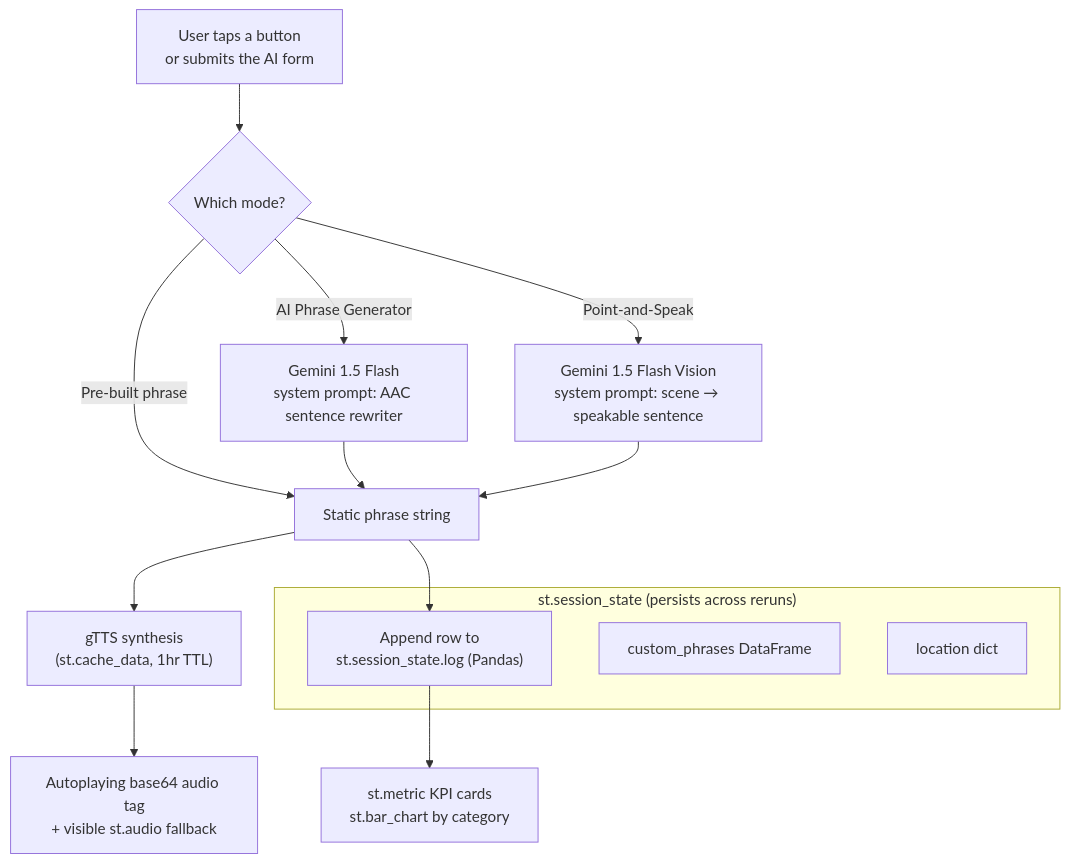
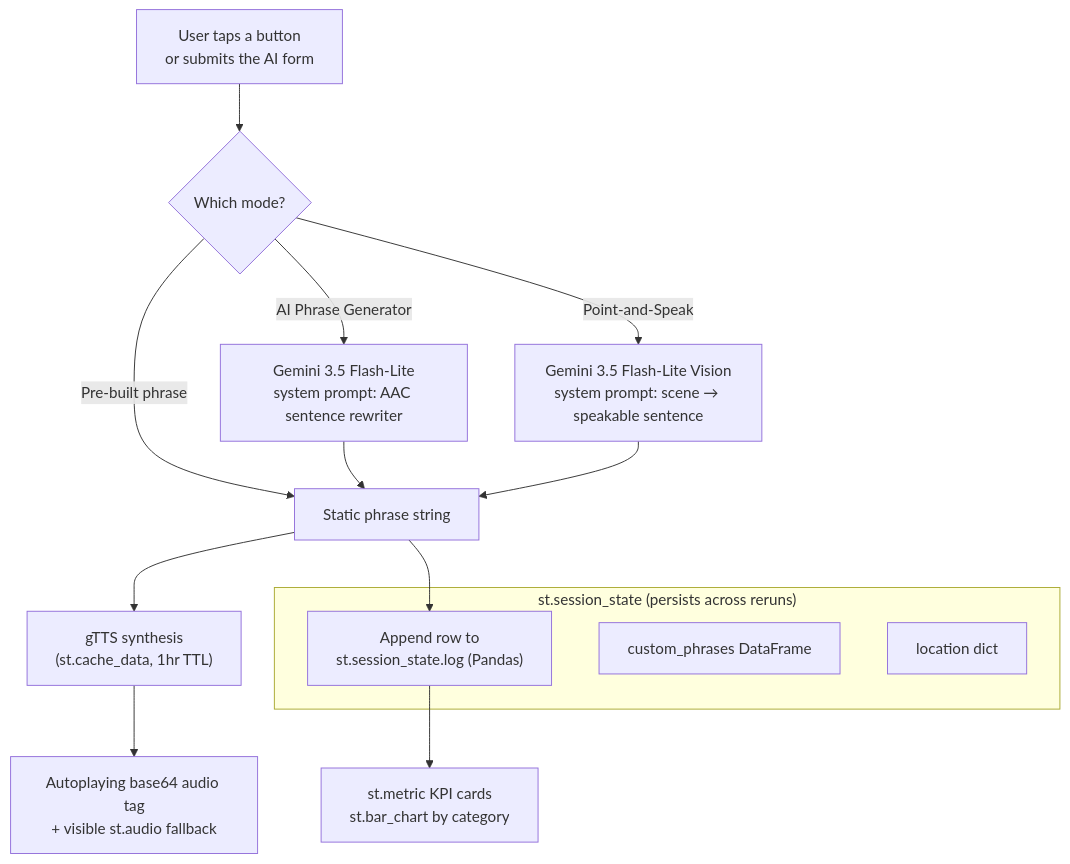
The diagram in README.md (calebjohndan-hoop/Audio-Accessibility-Communicator), drawn with Mermaid before and after one commit. The commit also changed other lines of this file, not shown here.

````diff
--- a/README.md
+++ b/README.md
@@ -52,23 +55,23 @@
 ```mermaid
 flowchart TD
     U["User taps a button<br/>or submits the AI form"] --> R{Which mode?}
 
     R -->|Pre-built phrase| P["Static phrase string"]
-    R -->|AI Phrase Generator| G1["Gemini 1.5 Flash<br/>system prompt: AAC sentence rewriter"]
-    R -->|Point-and-Speak| G2["Gemini 1.5 Flash Vision<br/>system prompt: scene → speakable sentence"]
+    R -->|AI Phrase Generator| G1["Gemini 3.5 Flash-Lite<br/>system prompt: AAC sentence rewriter"]
+    R -->|Point-and-Speak| G2["Gemini 3.5 Flash-Lite Vision<br/>system prompt: scene → speakable sentence"]
 
     G1 --> P
     G2 --> P
 
     P --> T["gTTS synthesis<br/>(st.cache_data, 1hr TTL)"]
     T --> A["Autoplaying base64 audio tag<br/>+ visible st.audio fallback"]
 
     P --> L["Append row to<br/>st.session_state.log (Pandas)"]
     L --> K["st.metric KPI cards<br/>st.bar_chart by category"]
 
     subgraph State["st.session_state (persists across reruns)"]
         L
         CP["custom_phrases DataFrame"]
         LOC["location dict"]
     end
 ```
````
